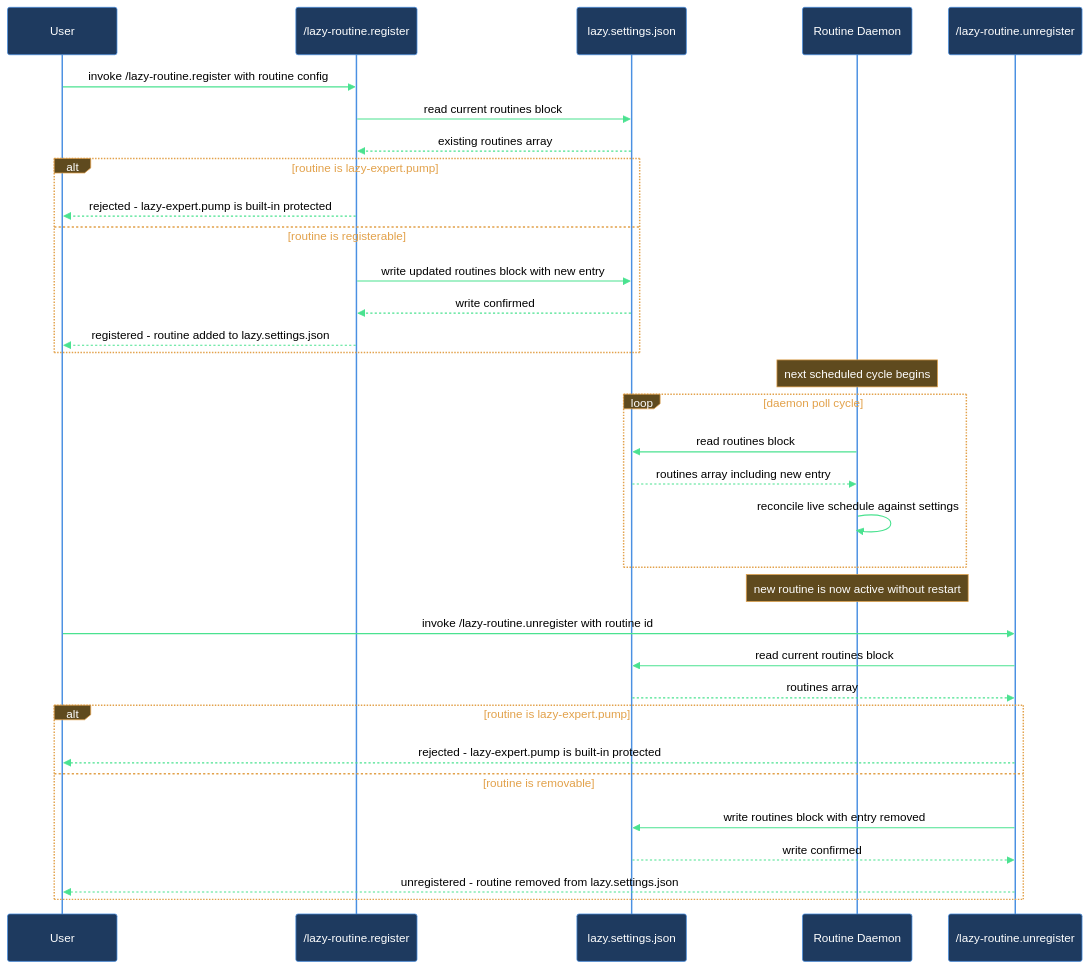
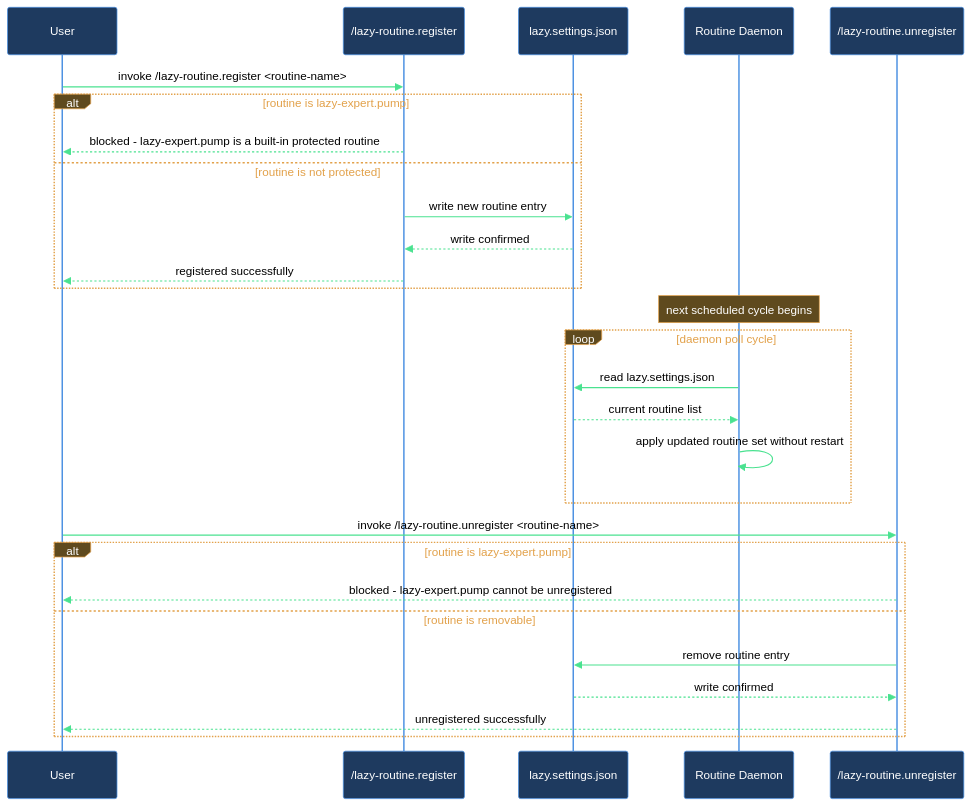
The diagram in Claude/lazycortex-core/help/walkthroughs/setup-routine.md (mebius-san/lazy-cortex), drawn with Mermaid before and after one commit. The commit also changed other lines of this file and 96 other files, not shown here.

````diff
--- a/Claude/lazycortex-core/help/walkthroughs/setup-routine.md
+++ b/Claude/lazycortex-core/help/walkthroughs/setup-routine.md
@@ -97,39 +100,34 @@
 ```mermaid
 %%{init: {'themeVariables':{'background':'transparent','primaryColor':'#1e3a5f','primaryBorderColor':'#4a90e2','primaryTextColor':'#fff','lineColor':'#4ae290','actorBkg':'#1e3a5f','actorBorder':'#4a90e2','actorTextColor':'#fff','actorLineColor':'#4a90e2','signalColor':'#4ae290','signalTextColor':'#000','noteBkgColor':'#5f4a1e','noteBorderColor':'#e2a14a','noteTextColor':'#fff','labelBoxBkgColor':'#5f4a1e','labelBoxBorderColor':'#e2a14a','labelTextColor':'#fff','loopTextColor':'#e2a14a'},'sequence':{'diagramPadding':5,'useMaxWidth':true}}}%%
 sequenceDiagram
   participant user as User
   participant registerSkill as /lazy-routine.register
-  participant lazySettings as lazy.settings.json
+  participant settingsFile as lazy.settings.json
   participant daemon as Routine Daemon
   participant unregisterSkill as /lazy-routine.unregister
 
-  user->>registerSkill: invoke /lazy-routine.register with routine config
-  registerSkill->>lazySettings: read current routines block
-  lazySettings-->>registerSkill: existing routines array
+  user->>registerSkill: invoke /lazy-routine.register <routine-name>
   alt routine is lazy-expert.pump
-    registerSkill-->>user: rejected - lazy-expert.pump is built-in protected
-  else routine is registerable
-    registerSkill->>lazySettings: write updated routines block with new entry
-    lazySettings-->>registerSkill: write confirmed
-    registerSkill-->>user: registered - routine added to lazy.settings.json
+    registerSkill-->>user: blocked - lazy-expert.pump is a built-in protected routine
+  else routine is not protected
+    registerSkill->>settingsFile: write new routine entry
+    settingsFile-->>registerSkill: write confirmed
+    registerSkill-->>user: registered successfully
   end
 
   Note over daemon: next scheduled cycle begins
   loop daemon poll cycle
-    daemon->>lazySettings: read routines block
-    lazySettings-->>daemon: routines array including new entry
-    daemon->>daemon: reconcile live schedule against settings
+    daemon->>settingsFile: read lazy.settings.json
+    settingsFile-->>daemon: current routine list
+    daemon->>daemon: apply updated routine set without restart
   end
-  Note over daemon: new routine is now active without restart
 
-  user->>unregisterSkill: invoke /lazy-routine.unregister with routine id
-  unregisterSkill->>lazySettings: read current routines block
-  lazySettings-->>unregisterSkill: routines array
+  user->>unregisterSkill: invoke /lazy-routine.unregister <routine-name>
   alt routine is lazy-expert.pump
-    unregisterSkill-->>user: rejected - lazy-expert.pump is built-in protected
+    unregisterSkill-->>user: blocked - lazy-expert.pump cannot be unregistered
   else routine is removable
-    unregisterSkill->>lazySettings: write routines block with entry removed
-    lazySettings-->>unregisterSkill: write confirmed
-    unregisterSkill-->>user: unregistered - routine removed from lazy.settings.json
+    unregisterSkill->>settingsFile: remove routine entry
+    settingsFile-->>unregisterSkill: write confirmed
+    unregisterSkill-->>user: unregistered successfully
   end
 ```
````
